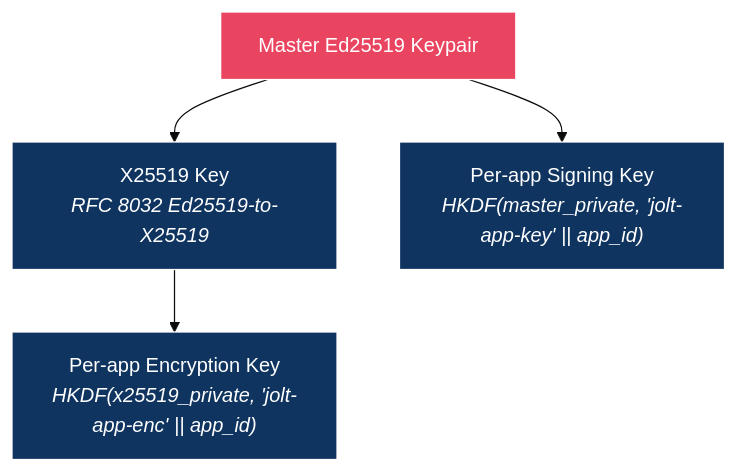
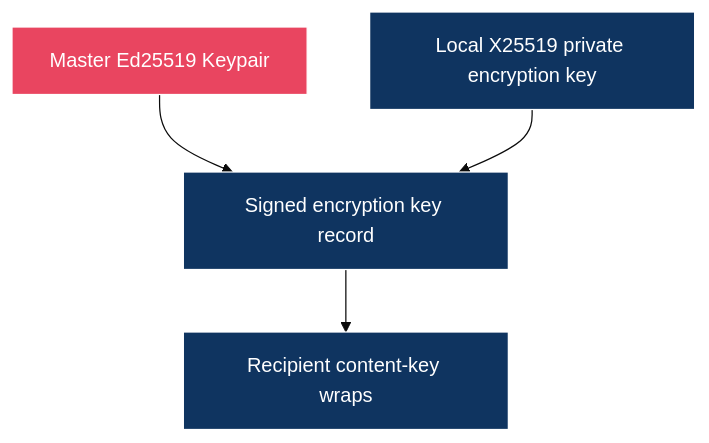
The third of 3 diagrams in docs/08-access-control.md (alexanderwanyoike/jolt), drawn with Mermaid (base theme) before and after one commit. The commit also changed other lines of this file and 5 other files, not shown here.

````diff
--- a/docs/08-access-control.md
+++ b/docs/08-access-control.md
@@ -147,12 +152,12 @@
 ```mermaid
 graph TD
     Master["Master Ed25519 Keypair"]
-    Master --> X25519["X25519 Key<br/><i>RFC 8032 Ed25519-to-X25519</i>"]
-    Master --> AppSign["Per-app Signing Key<br/><i>HKDF(master_private, 'jolt-app-key' || app_id)</i>"]
-    X25519 --> AppEnc["Per-app Encryption Key<br/><i>HKDF(x25519_private, 'jolt-app-enc' || app_id)</i>"]
+    Master --> EncRecord["Signed encryption key record"]
+    EncPriv["Local X25519 private encryption key"] --> EncRecord
+    EncRecord --> Wraps["Recipient content-key wraps"]
 
     style Master fill:#e94560,stroke:#fff,color:#fff
-    style X25519 fill:#0f3460,stroke:#fff,color:#fff
-    style AppSign fill:#0f3460,stroke:#fff,color:#fff
-    style AppEnc fill:#0f3460,stroke:#fff,color:#fff
+    style EncPriv fill:#0f3460,stroke:#fff,color:#fff
+    style EncRecord fill:#0f3460,stroke:#fff,color:#fff
+    style Wraps fill:#0f3460,stroke:#fff,color:#fff
 ```
````
